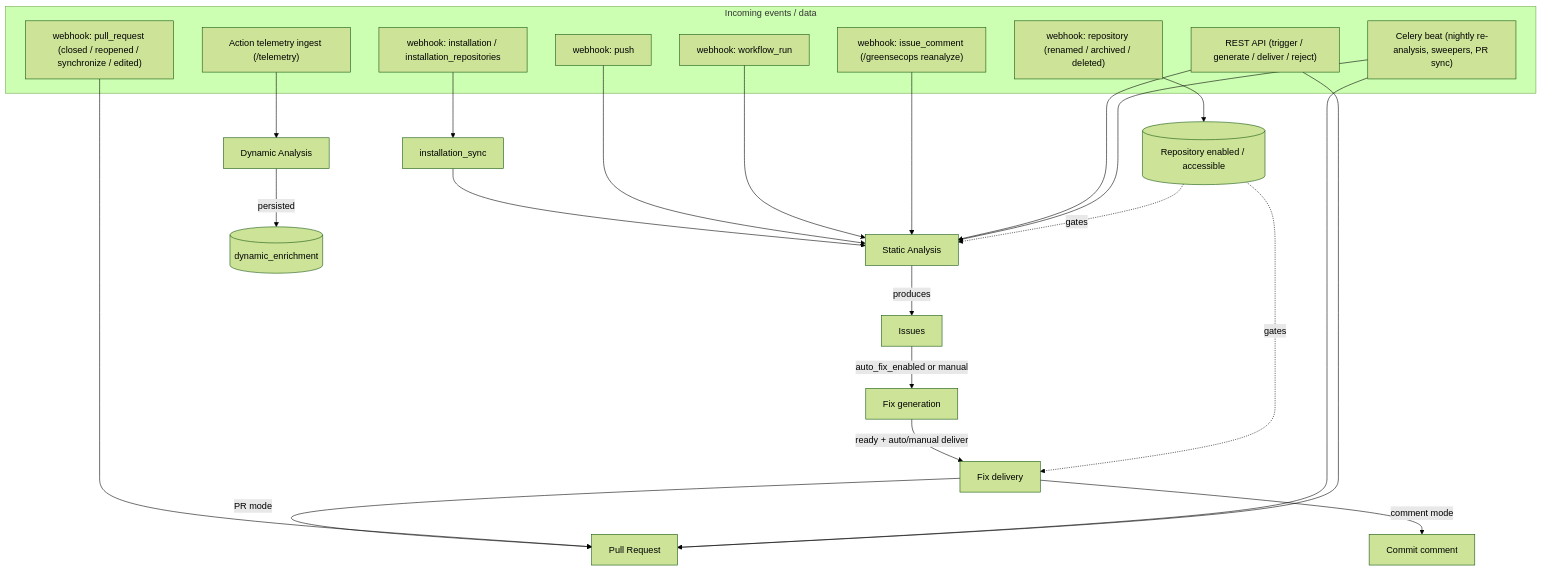
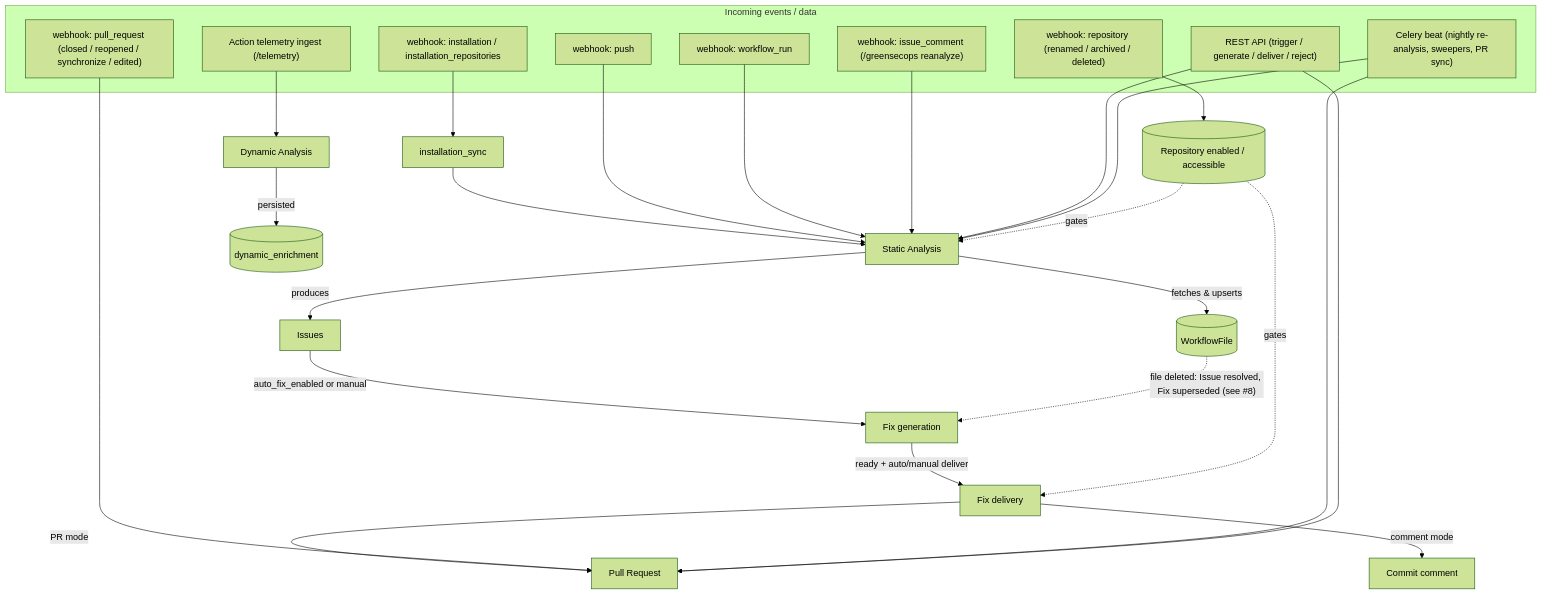
Before and after one commit to TheoGoudout/greensecops: the first of 7 diagrams in docs/state-machines.md, drawn with Mermaid (forest theme). The commit also changed other lines of this file, not shown here.

````diff
--- a/docs/state-machines.md
+++ b/docs/state-machines.md
@@ -53,37 +53,40 @@
 ```mermaid
 flowchart TD
     subgraph Inputs["Incoming events / data"]
         WH_push["webhook: push"]
         WH_run["webhook: workflow_run"]
         WH_comment["webhook: issue_comment (/greensecops reanalyze)"]
         WH_install["webhook: installation / installation_repositories"]
         WH_pr["webhook: pull_request (closed / reopened / synchronize / edited)"]
         WH_repo["webhook: repository (renamed / archived / deleted)"]
         API["REST API (trigger / generate / deliver / reject)"]
         BEAT["Celery beat (nightly re-analysis, sweepers, PR sync)"]
         TELEM["Action telemetry ingest (/telemetry)"]
     end
 
     WH_install --> SYNC[installation_sync]
     SYNC --> AN
     WH_push --> AN[Static Analysis]
     WH_run --> AN
     WH_comment --> AN
     API --> AN
     BEAT --> AN
 
     AN -->|produces| ISS[Issues]
     ISS -->|auto_fix_enabled or manual| FIX[Fix generation]
     FIX -->|ready + auto/manual deliver| DEL[Fix delivery]
     DEL -->|PR mode| PR[Pull Request]
     DEL -->|comment mode| CM[Commit comment]
     WH_pr --> PR
     BEAT --> PR
     API --> PR
     WH_repo --> REPO[(Repository enabled / accessible)]
     REPO -. gates .-> AN
     REPO -. gates .-> DEL
 
+    AN -->|fetches & upserts| WF[(WorkflowFile)]
+    WF -. "file deleted: Issue resolved, Fix superseded (see #8)" .-> FIX
+
     TELEM --> DYN[Dynamic Analysis]
     DYN -->|persisted| ENR[(dynamic_enrichment)]
 ```
````
